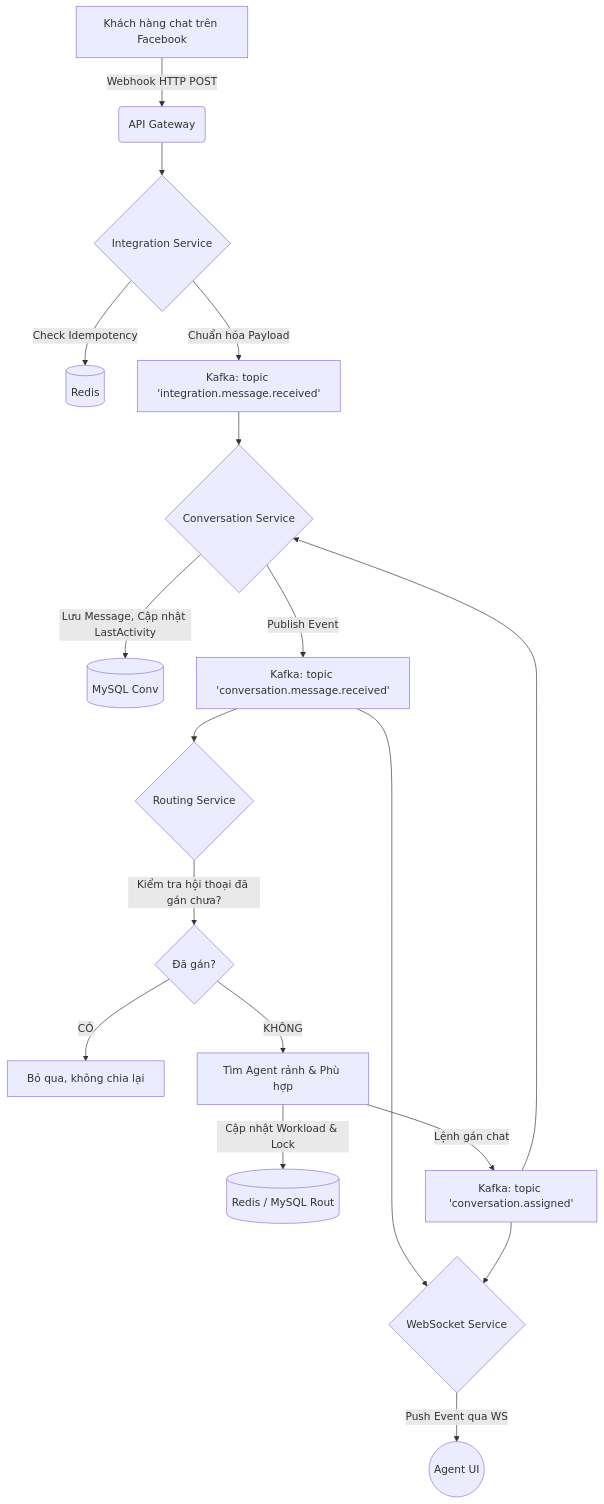
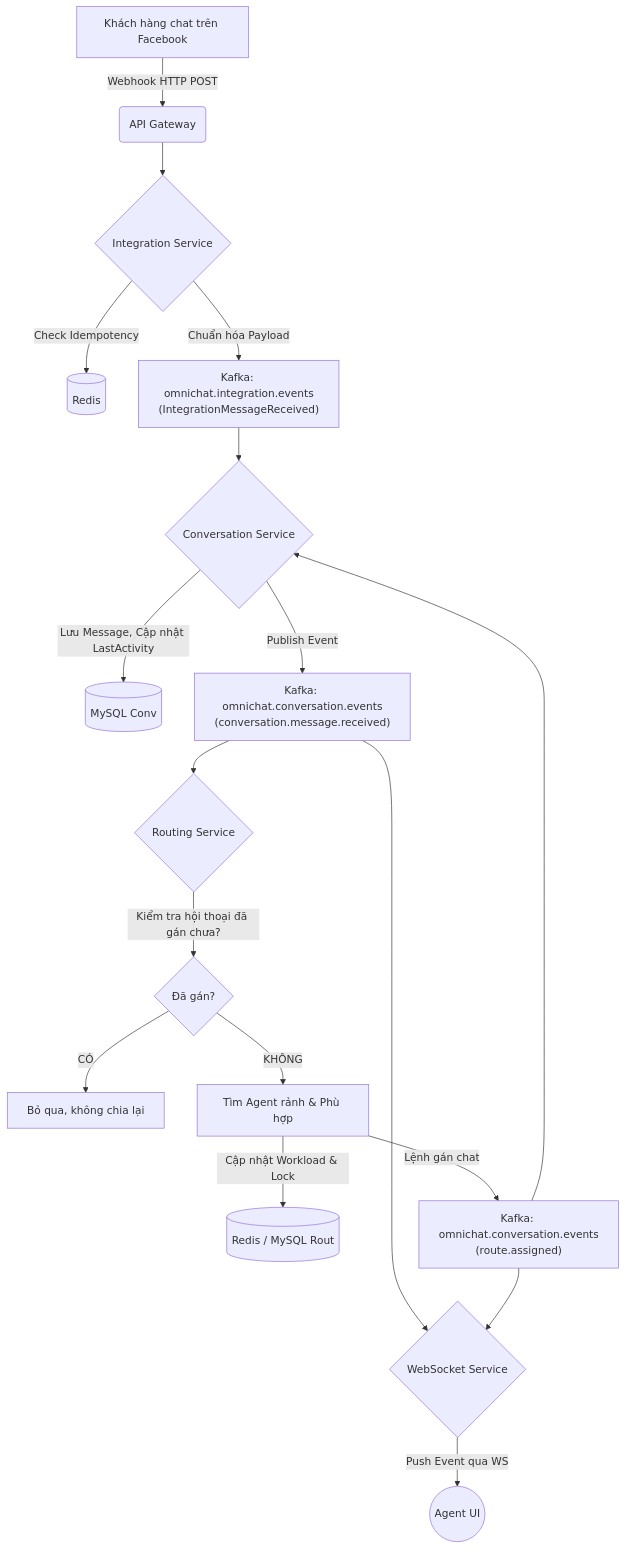
Before and after one commit to vutiendat24/omniChat: the third of 4 diagrams in omnichat/docs/Architecture_Design_OCM.md, drawn with Mermaid. The commit also changed other lines of this file and 78 other files, not shown here.

````diff
--- a/omnichat/docs/Architecture_Design_OCM.md
+++ b/omnichat/docs/Architecture_Design_OCM.md
@@ -134,24 +134,24 @@
 ```mermaid
 flowchart TD
     A[Khách hàng chat trên Facebook] -->|Webhook HTTP POST| B(API Gateway)
     B --> C{Integration Service}
     C -->|Check Idempotency| D[(Redis)]
-    C -->|Chuẩn hóa Payload| E[Kafka: topic 'integration.message.received']
+    C -->|Chuẩn hóa Payload| E["Kafka: omnichat.integration.events<br/>(IntegrationMessageReceived)"]
     
     E --> F{Conversation Service}
     F -->|Lưu Message, Cập nhật LastActivity| G[(MySQL Conv)]
-    F -->|Publish Event| H[Kafka: topic 'conversation.message.received']
+    F -->|Publish Event| H["Kafka: omnichat.conversation.events<br/>(conversation.message.received)"]
     
     H --> I{Routing Service}
     I -->|Kiểm tra hội thoại đã gán chưa?| J{Đã gán?}
     
     J -- CÓ --> K[Bỏ qua, không chia lại]
     J -- KHÔNG --> L[Tìm Agent rảnh & Phù hợp]
     L -->|Cập nhật Workload & Lock| M[(Redis / MySQL Rout)]
-    L -->|Lệnh gán chat| N[Kafka: topic 'conversation.assigned']
+    L -->|Lệnh gán chat| N["Kafka: omnichat.conversation.events<br/>(route.assigned)"]
     
     N --> F
     H --> O{WebSocket Service}
     N --> O
     O -->|Push Event qua WS| P((Agent UI))
 ```
````
